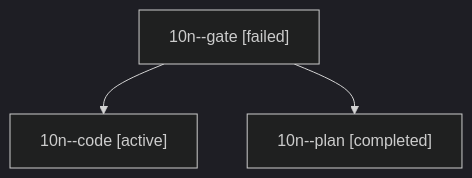
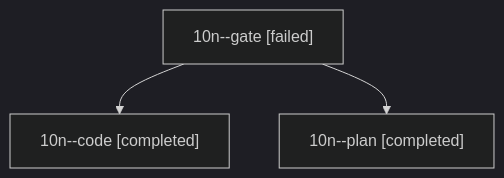
One commit to bobs-org/bob-cli--agents changed the diagram in sessions/bbugyi200.athena.10n.md. Above: the diagram before and after it, drawn with Mermaid (dark theme). The commit also changed other lines of this file and 21 other files, not shown here.

````diff
--- a/sessions/bbugyi200.athena.10n.md
+++ b/sessions/bbugyi200.athena.10n.md
@@ -9,8 +9,8 @@
 ```mermaid
 flowchart TD
   n0["10n--gate [failed]"]
-  n1["10n--code [active]"]
+  n1["10n--code [completed]"]
   n0 --> n1
   n2["10n--plan [completed]"]
   n0 --> n2
 ```
````
